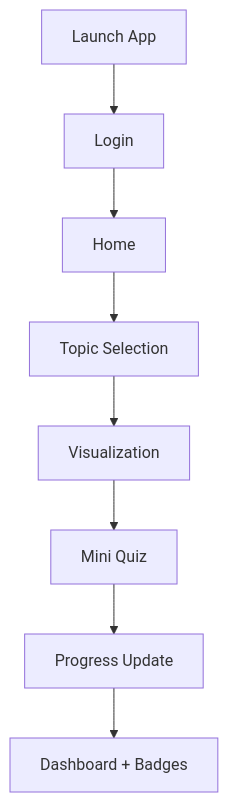
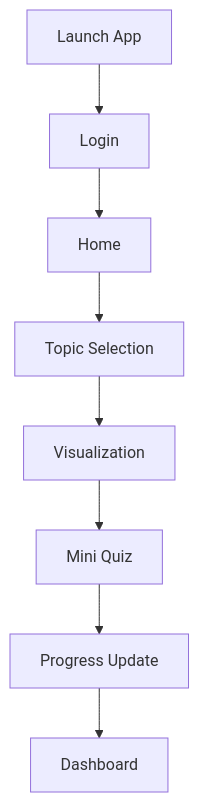
The second of 2 diagrams in README.md (sashank33v/patashala), drawn with Mermaid before and after one commit. The commit also changed other lines of this file, not shown here.

Commit message:
Elevate README with product vision, differentiators, and roadmap

````diff
--- a/README.md
+++ b/README.md
@@ -65,10 +58,10 @@
 ```mermaid
 flowchart TD
   S[Launch App] --> L[Login]
   L --> H[Home]
   H --> T[Topic Selection]
   T --> V[Visualization]
   V --> Q[Mini Quiz]
   Q --> P[Progress Update]
-  P --> D[Dashboard + Badges]
+  P --> D[Dashboard]
 ```
````
